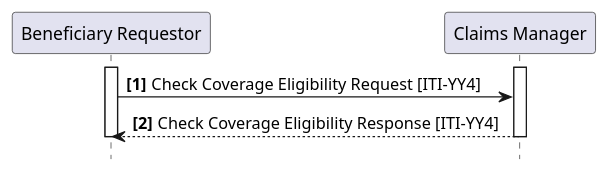
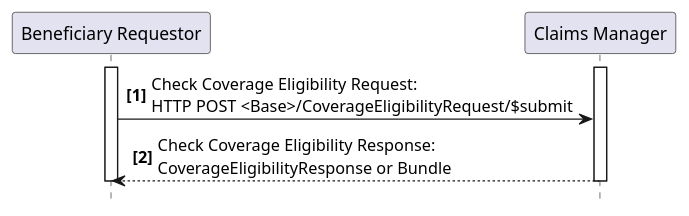
The diagram in input/images-source/ITI-YY4-seq.plantuml (IHE/ITI.Finance), drawn with PlantUML before and after one commit. The commit also changed 23 other files, not shown here.

```diff
--- a/input/images-source/ITI-YY4-seq.plantuml
+++ b/input/images-source/ITI-YY4-seq.plantuml
@@ -1,13 +1,13 @@
 @startuml
 skinparam svgDimensionStyle false
 hide footbox
 autonumber "<b>[0]"
 participant "Beneficiary Requestor" as Req
 participant "Claims Manager" as Man
 activate Req
 activate Man
-Req -> Man : Check Coverage Eligibility Request [ITI-YY4]
-Man --> Req : Check Coverage Eligibility Response [ITI-YY4]
+Req -> Man : Check Coverage Eligibility Request:\nHTTP POST <Base>/CoverageEligibilityRequest/$submit
+Man --> Req : Check Coverage Eligibility Response:\nCoverageEligibilityResponse or Bundle
 deactivate Man
 deactivate Req
 @enduml
```
